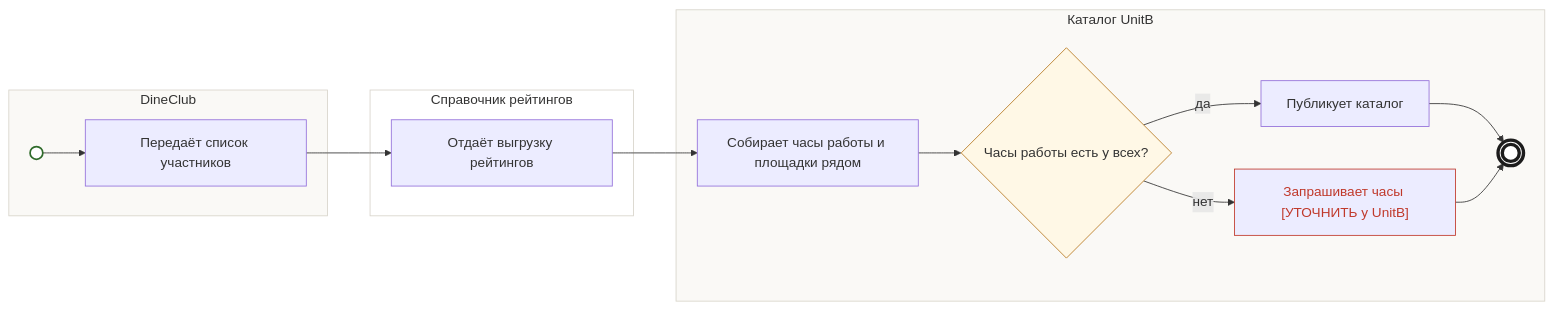
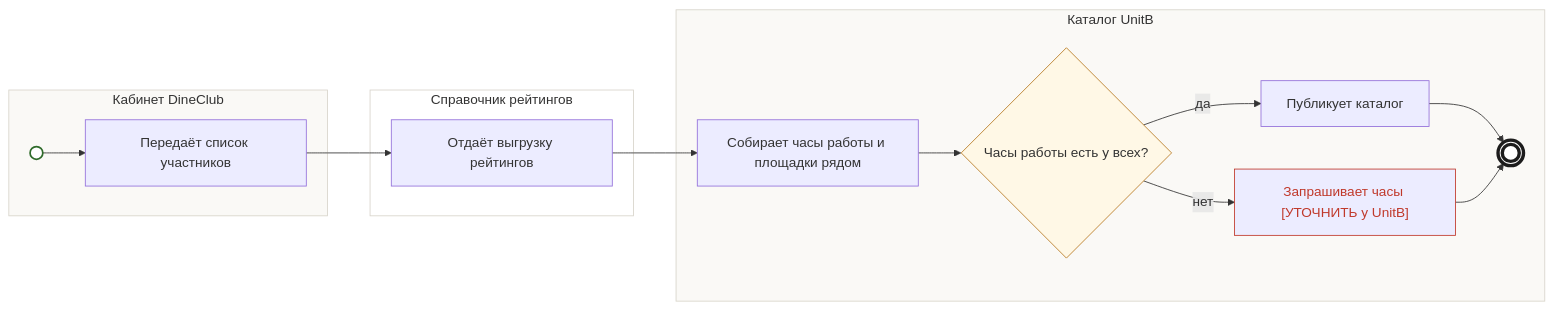
Before and after one commit to po-helper-org/poh-blueprint-writer: the diagram in skills/bft-blueprint/examples/dineclub-restart-blueprint/backlog/tasks/bp-2.1 - Каталог-наполняется-ресторанами-участниками.md, drawn with Mermaid. The commit also changed other lines of this file and 32 other files, not shown here.

````diff
--- a/skills/bft-blueprint/examples/dineclub-restart-blueprint/backlog/tasks/bp-2.1 - Каталог-наполняется-ресторанами-участниками.md
+++ b/skills/bft-blueprint/examples/dineclub-restart-blueprint/backlog/tasks/bp-2.1 - Каталог-наполняется-ресторанами-участниками.md
@@ -41,36 +41,36 @@
 ```mermaid
 flowchart LR
-  subgraph L1["DineClub"]
+  subgraph L1["Кабинет DineClub"]
     S((" "))
     N1["Передаёт список участников"]
   end
   subgraph L2["Справочник рейтингов"]
     N2["Отдаёт выгрузку рейтингов"]
   end
   subgraph L3["Каталог UnitB"]
     N3["Собирает часы работы и площадки рядом"]
     G4{"Часы работы есть у всех?"}
     N5["Публикует каталог"]
     N6["Запрашивает часы [УТОЧНИТЬ у UnitB]"]
     E(((" ")))
   end
   S --> N1
   N1 --> N2
   N2 --> N3
   N3 --> G4
   G4 -- да --> N5
   G4 -- нет --> N6
   N5 --> E
   N6 --> E
   classDef start fill:#fff,stroke:#2f6b2a,stroke-width:2px
   classDef stop fill:#fff,stroke:#1c1c1c,stroke-width:4px
   classDef gw fill:#fff8e6,stroke:#b7791f
   classDef ask color:#c0392b,stroke:#c0392b
   class S start
   class E stop
   class G4 gw
   class N6 ask
   style L1 fill:#faf9f6,stroke:#d8d4cb
   style L2 fill:#ffffff,stroke:#d8d4cb
   style L3 fill:#faf9f6,stroke:#d8d4cb
 ```
````
